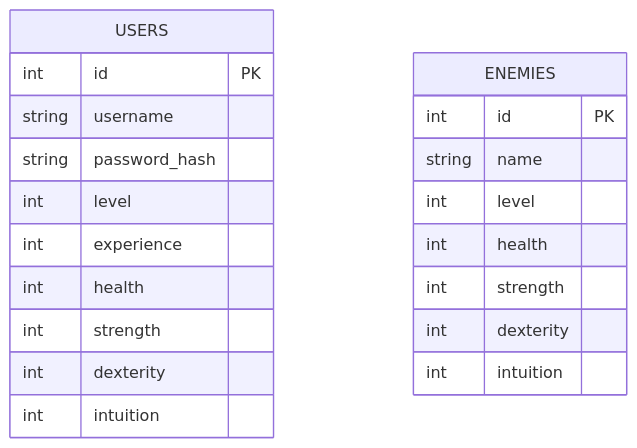
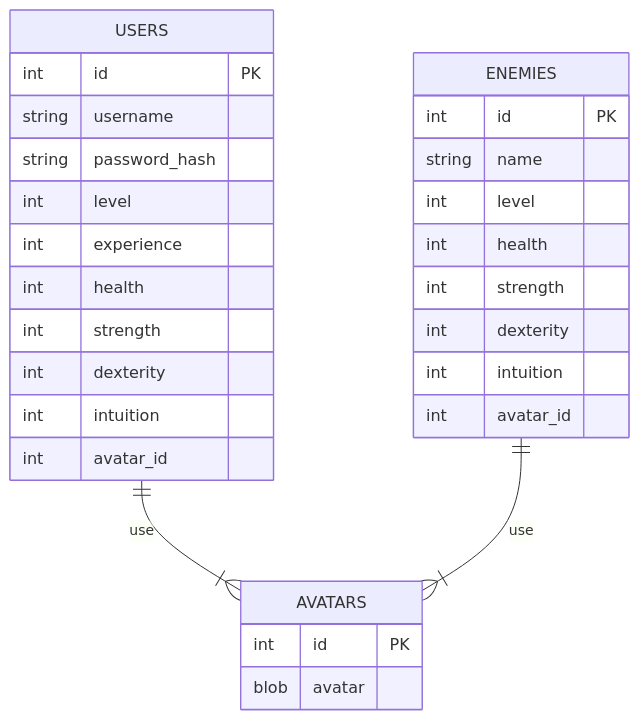
Before and after one commit to arkadiyshin/fighter: the diagram in README.md, drawn with Mermaid.

Commit message:
Added avatars table in the ER Diagram

````diff
--- a/README.md
+++ b/README.md
@@ -5,26 +5,36 @@
 ```mermaid
 erDiagram
+
+USERS ||--|{ AVATARS : "use"
+ENEMIES ||--|{ AVATARS : "use"
 
 USERS{
   int id PK
   string username
   string password_hash
   int level
   int experience
   int health
   int strength
   int dexterity
   int intuition
+  int avatar_id
 }
 
 ENEMIES{
   int id PK
   string name
   int level
   int health
   int strength
   int dexterity
   int intuition
+  int avatar_id
+}
+
+AVATARS{
+  int id PK
+  blob avatar
 }
 
 ```
````
